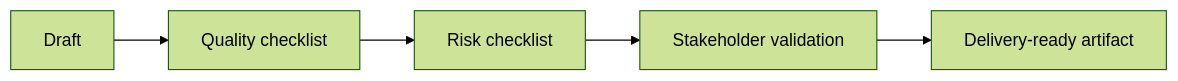
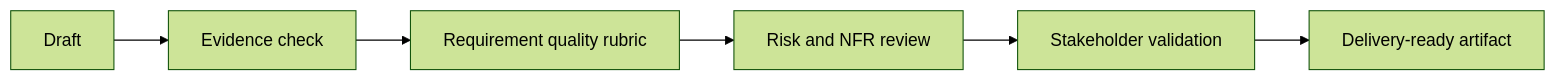
One commit to anhtnt90dev/ai-for-ba changed the diagram in docs/en/resources/checklists.md. Above: the diagram before and after it, drawn with Mermaid (forest theme). The commit also changed other lines of this file and 64 other files, not shown here.

````diff
--- a/docs/en/resources/checklists.md
+++ b/docs/en/resources/checklists.md
@@ -16,7 +17,8 @@
 ```mermaid
 flowchart LR
-    A["Draft"] --> B["Quality checklist"]
-    B --> C["Risk checklist"]
-    C --> D["Stakeholder validation"]
-    D --> E["Delivery-ready artifact"]
+    A["Draft"] --> B["Evidence check"]
+    B --> C["Requirement quality rubric"]
+    C --> D["Risk and NFR review"]
+    D --> E["Stakeholder validation"]
+    E --> F["Delivery-ready artifact"]
 ```
````
